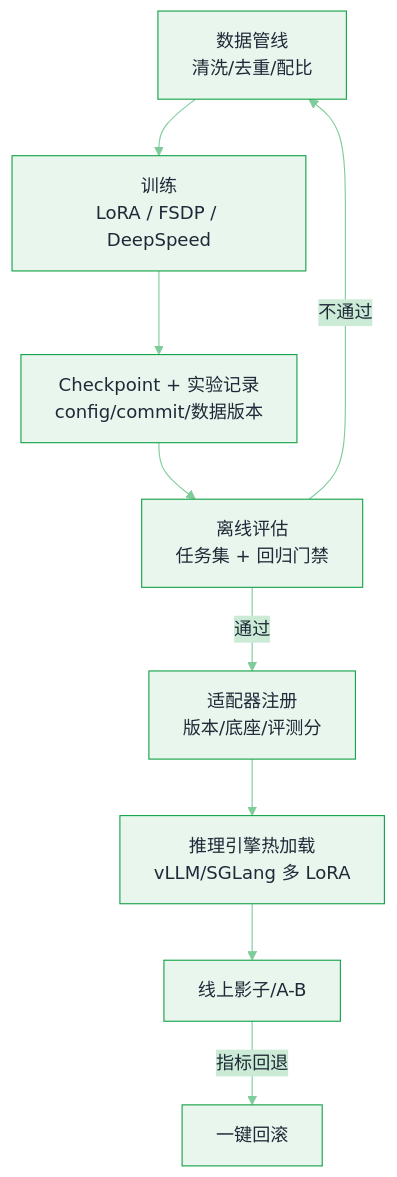
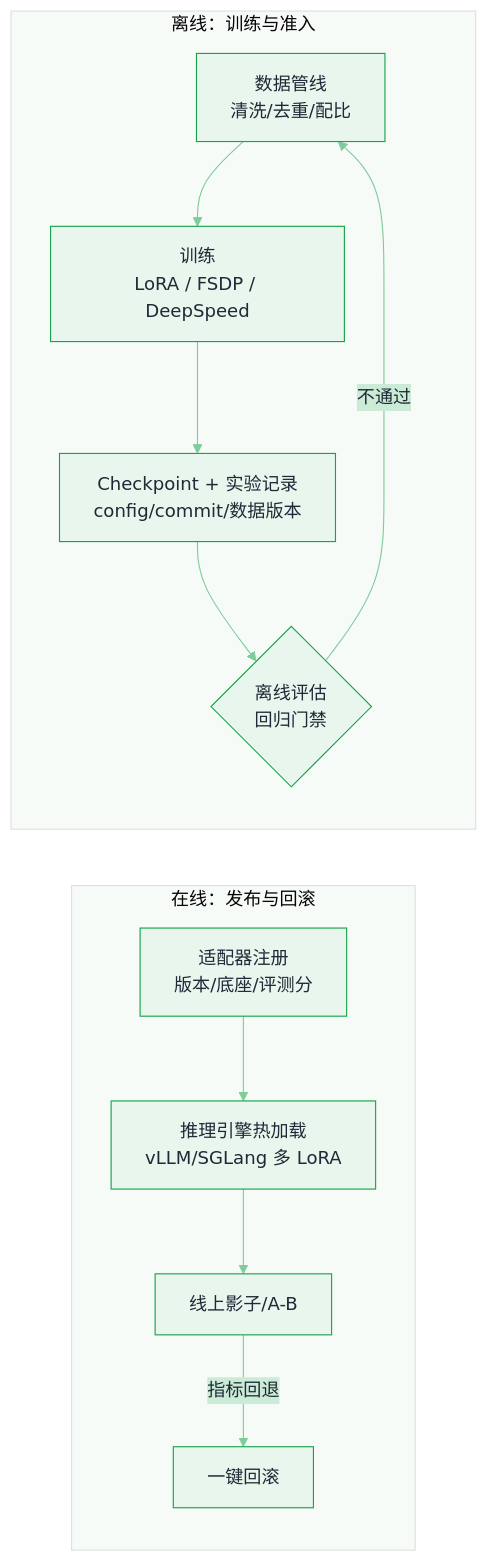
Before and after one commit to funny8kids/ai-agent-handbook: the diagram in docs/16-ai-infrastructure/training-finetune-infra.md, drawn with Mermaid. The commit also changed other lines of this file and 45 other files, not shown here.

First line of the commit message:
Thicken 12 thin pages, clear 25 over-width diagrams, re-proportion 10 thin-ribbon diagrams

````diff
--- a/docs/16-ai-infrastructure/training-finetune-infra.md
+++ b/docs/16-ai-infrastructure/training-finetune-infra.md
@@ -26,12 +26,15 @@
 ```mermaid
 %%{init: {"theme":"base","themeVariables":{"primaryColor":"#E8F6ED","primaryBorderColor":"#16A34A","primaryTextColor":"#1F2937","secondaryColor":"#CCEBD7","tertiaryColor":"#F6FBF8","lineColor":"#7FCC9B","actorBkg":"#ECF8F1","actorBorder":"#16A34A","actorTextColor":"#1F2937","signalColor":"#5CBF80","noteBkgColor":"#D5EEDE","noteBorderColor":"#16A34A","noteTextColor":"#1F2937","labelBoxBkgColor":"#E8F6ED","labelBoxBorderColor":"#16A34A"}}}%%
-flowchart TD
-  D[数据管线<br/>清洗/去重/配比] --> S[训练<br/>LoRA / FSDP / DeepSpeed]
-  S --> C[Checkpoint + 实验记录<br/>config/commit/数据版本]
-  C --> E[离线评估<br/>任务集 + 回归门禁]
-  E -- 通过 --> A[适配器注册<br/>版本/底座/评测分]
-  A --> V[推理引擎热加载<br/>vLLM/SGLang 多 LoRA]
-  V --> P[线上影子/A-B]
-  P -- 指标回退 --> R[一键回滚]
-  E -- 不通过 --> D
+flowchart LR
+  subgraph ON["在线：发布与回滚"]
+    A[适配器注册<br/>版本/底座/评测分] --> V[推理引擎热加载<br/>vLLM/SGLang 多 LoRA]
+    V --> P[线上影子/A-B]
+    P -- 指标回退 --> R[一键回滚]
+  end
+  subgraph OFF["离线：训练与准入"]
+    D[数据管线<br/>清洗/去重/配比] --> S[训练<br/>LoRA / FSDP / DeepSpeed]
+    S --> C[Checkpoint + 实验记录<br/>config/commit/数据版本]
+    C --> E{离线评估<br/>回归门禁}
+    E -- 不通过 --> D
+  end
 ```
````
